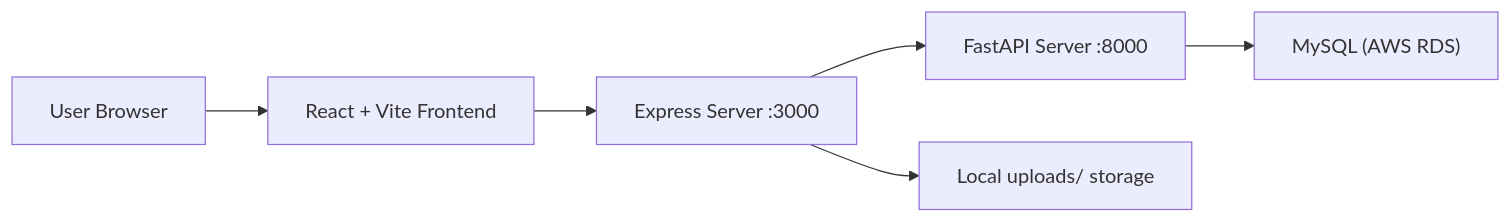
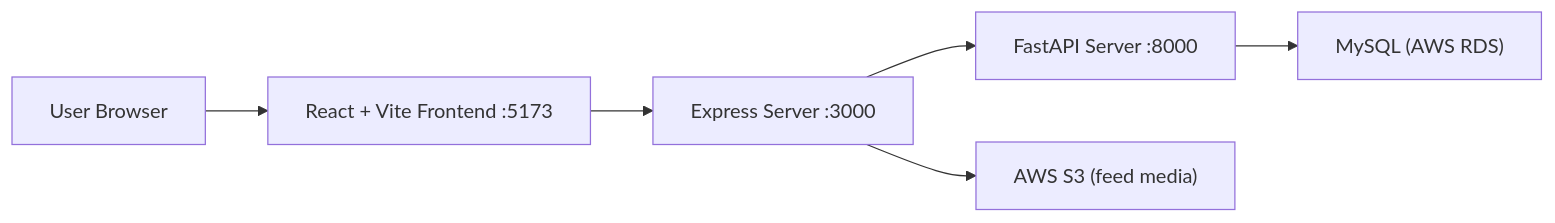
The first of 16 diagrams in docs/architecture-overview.md (junseoja/capston), drawn with Mermaid before and after one commit. The commit also changed other lines of this file and 20 other files, not shown here.

````diff
--- a/docs/architecture-overview.md
+++ b/docs/architecture-overview.md
@@ -25,8 +30,8 @@
 ```mermaid
 flowchart LR
-    U["User Browser"] --> FE["React + Vite Frontend"]
+    U["User Browser"] --> FE["React + Vite Frontend :5173"]
     FE --> EX["Express Server :3000"]
     EX --> FA["FastAPI Server :8000"]
     FA --> DB["MySQL (AWS RDS)"]
-    EX --> FS["Local uploads/ storage"]
+    EX --> S3["AWS S3 (feed media)"]
 ```
````
